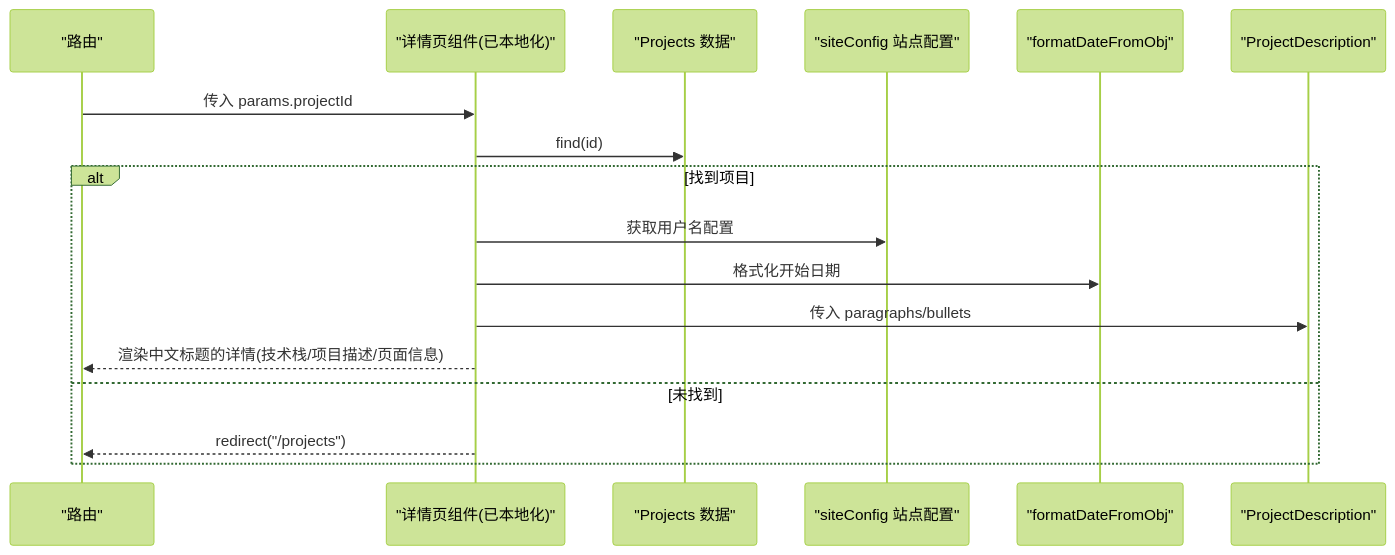
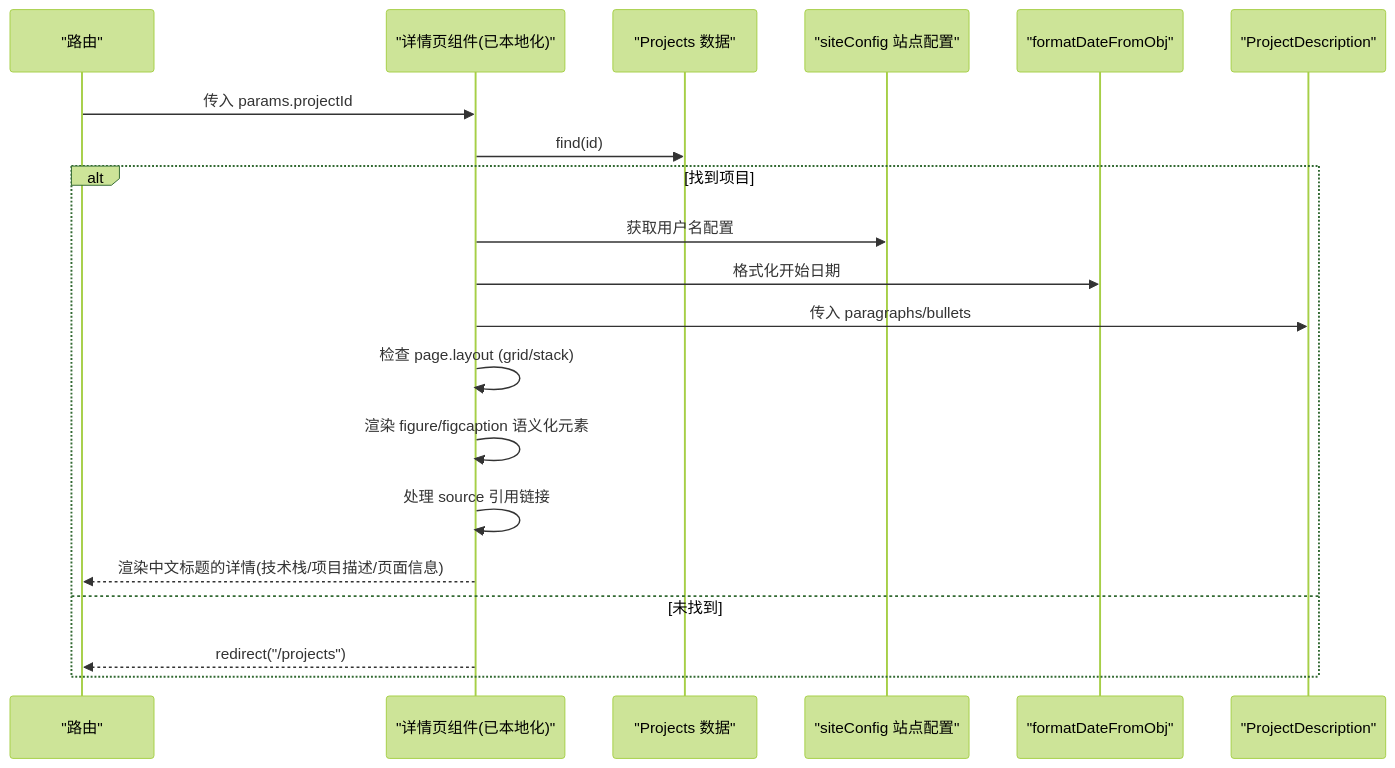
The fifth of 6 diagrams in .qoder/repowiki/zh/content/核心功能模块/项目展示模块/项目展示模块.md (florianjsun/next-portfolio), drawn with Mermaid (forest theme) before and after one commit. The commit also changed other lines of this file and 80 other files, not shown here.

````diff
--- a/.qoder/repowiki/zh/content/核心功能模块/项目展示模块/项目展示模块.md
+++ b/.qoder/repowiki/zh/content/核心功能模块/项目展示模块/项目展示模块.md
@@ -229,19 +245,22 @@
 ```mermaid
 sequenceDiagram
 participant R as "路由"
 participant P as "详情页组件(已本地化)"
 participant D as "Projects 数据"
 participant S as "siteConfig 站点配置"
 participant U as "formatDateFromObj"
 participant V as "ProjectDescription"
 R->>P : 传入 params.projectId
 P->>D : find(id)
 alt 找到项目
 P->>S : 获取用户名配置
 P->>U : 格式化开始日期
 P->>V : 传入 paragraphs/bullets
+P->>P : 检查 page.layout (grid/stack)
+P->>P : 渲染 figure/figcaption 语义化元素
+P->>P : 处理 source 引用链接
 P-->>R : 渲染中文标题的详情(技术栈/项目描述/页面信息)
 else 未找到
 P-->>R : redirect("/projects")
 end
 ```
````
